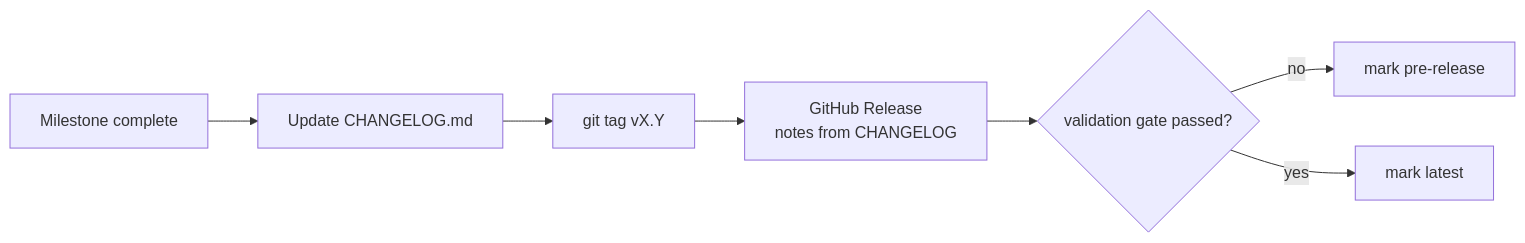
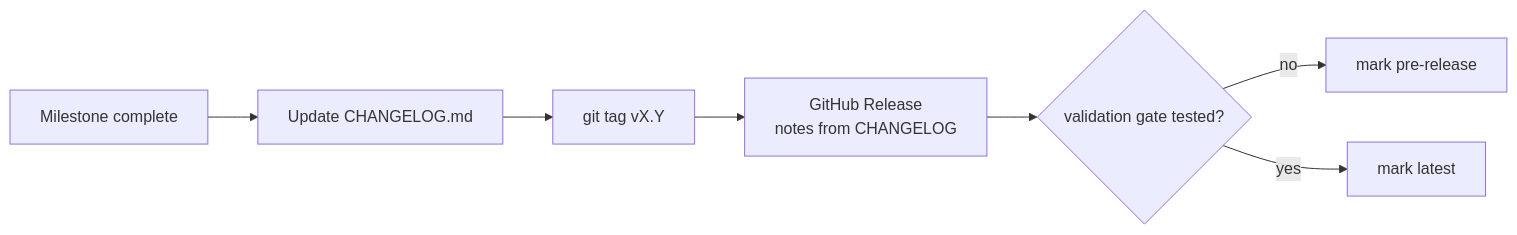
The eighth of 8 diagrams in docs/diagrams/DIAGRAMS.md (moaidmoatasem/cherenkov-qa), drawn with Mermaid before and after one commit. The commit also changed 31 other files, not shown here.

````diff
--- a/docs/diagrams/DIAGRAMS.md
+++ b/docs/diagrams/DIAGRAMS.md
@@ -147,9 +147,9 @@
 ```mermaid
 flowchart LR
   MS[Milestone complete] --> CH[Update CHANGELOG.md]
   CH --> TG[git tag vX.Y]
   TG --> Rel[GitHub Release<br/>notes from CHANGELOG]
-  Rel --> Pre{validation gate passed?}
+  Rel --> Pre{validation gate tested?}
   Pre -->|no| PR[mark pre-release]
   Pre -->|yes| GA[mark latest]
 ```
````
